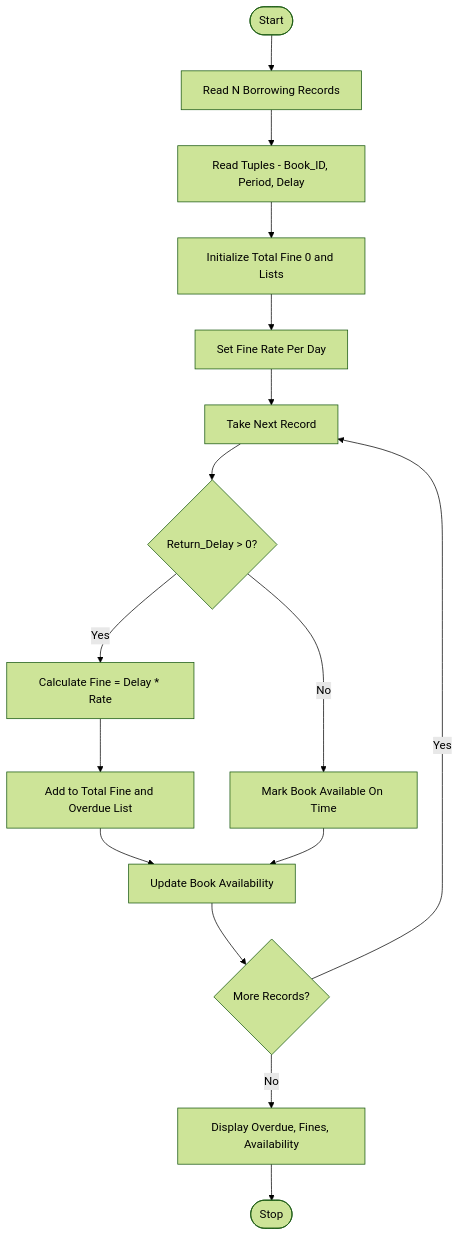
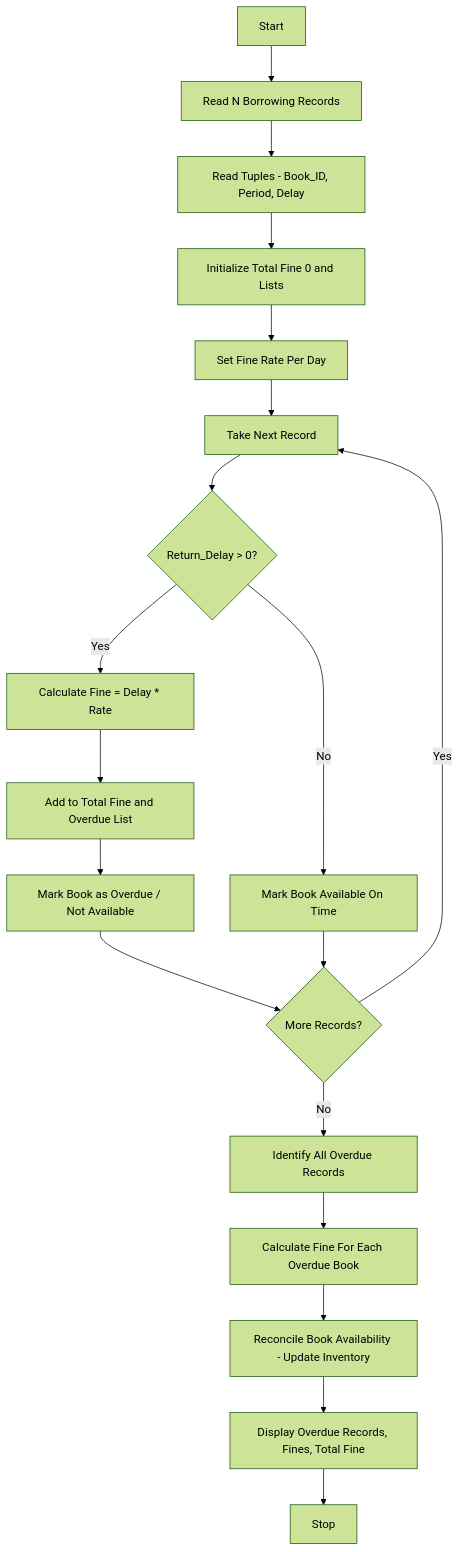
One commit to bhavyabalusupati10-maker/Python-Tasks changed the diagram in Task6/Code.md. Above: the diagram before and after it, drawn with Mermaid (forest theme). The commit also changed other lines of this file, not shown here.

````diff
--- a/Task6/Code.md
+++ b/Task6/Code.md
@@ -24,18 +25,21 @@
 ```mermaid
 flowchart TD
-    First([Start]) --> A[Read N Borrowing Records]
-    A --> B[Read Tuples - Book_ID, Period, Delay]
-    B --> C[Initialize Total Fine 0 and Lists]
-    C --> D[Set Fine Rate Per Day]
-    D --> E[Take Next Record]
-    E --> F{Return_Delay > 0?}
-    F -->|Yes| G[Calculate Fine = Delay * Rate]
-    G --> H[Add to Total Fine and Overdue List]
-    F -->|No| I[Mark Book Available On Time]
-    H --> J[Update Book Availability]
-    I --> J
-    J --> K{More Records?}
-    K -->|Yes| E
-    K -->|No| L[Display Overdue, Fines, Availability]
-    L --> Last([Stop])
+    A[Start] --> B[Read N Borrowing Records]
+    B --> C[Read Tuples - Book_ID, Period, Delay]
+    C --> D[Initialize Total Fine 0 and Lists]
+    D --> E[Set Fine Rate Per Day]
+    E --> F[Take Next Record]
+    F --> G{Return_Delay > 0?}
+    G -- Yes --> H[Calculate Fine = Delay * Rate]
+    H --> I[Add to Total Fine and Overdue List]
+    I --> J[Mark Book as Overdue / Not Available]
+    G -- No --> K[Mark Book Available On Time]
+    J --> L{More Records?}
+    K --> L
+    L -- Yes --> F
+    L -- No --> M[Identify All Overdue Records]
+    M --> N[Calculate Fine For Each Overdue Book]
+    N --> O[Reconcile Book Availability - Update Inventory]
+    O --> P[Display Overdue Records, Fines, Total Fine]
+    P --> Q[Stop]
 ```
````
